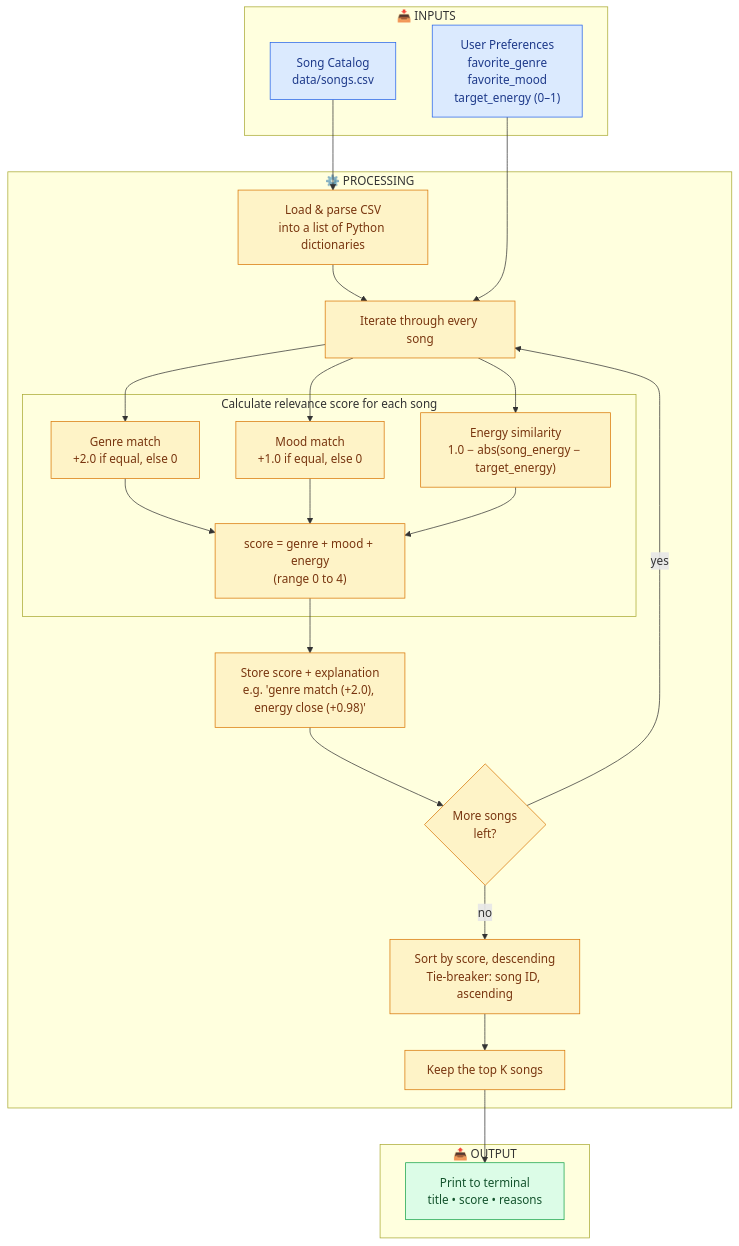
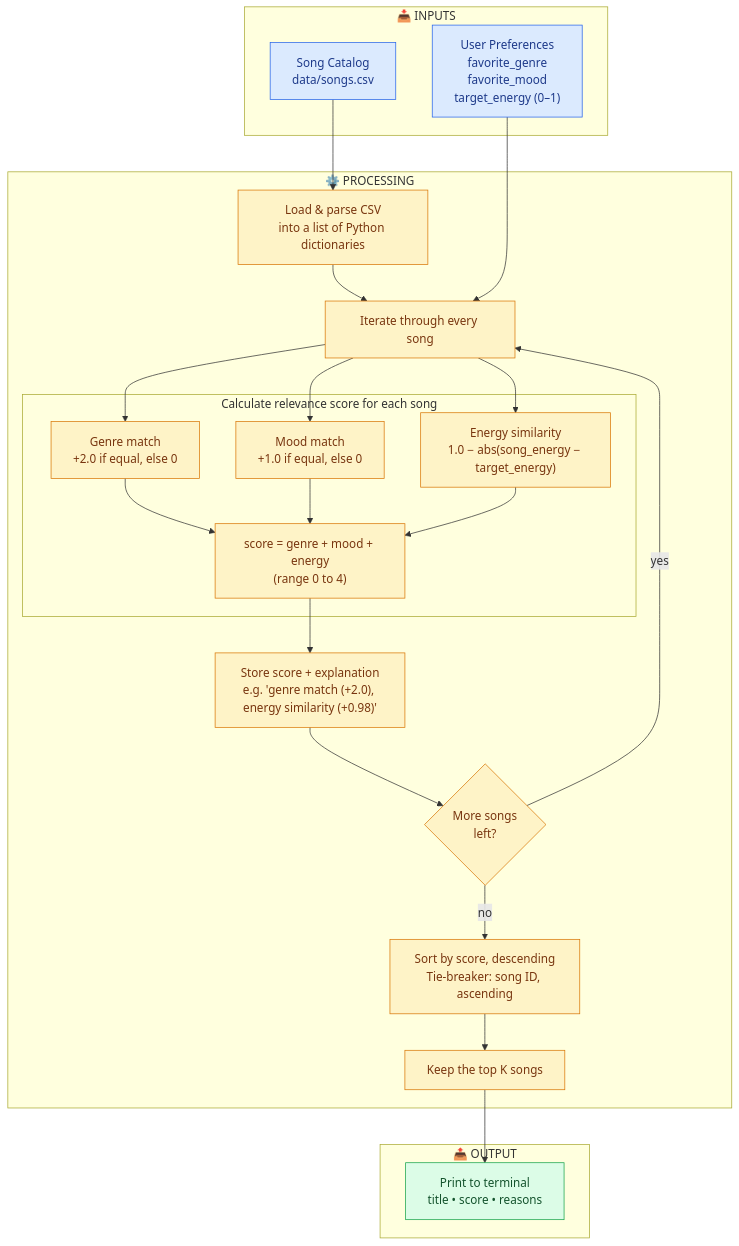
One commit to bedouis/vibematch-v2 changed the diagram in README.md. Above: the diagram before and after it, drawn with Mermaid. The commit also changed other lines of this file and 1 other file, not shown here.

````diff
--- a/README.md
+++ b/README.md
@@ -64,56 +61,56 @@
 ```mermaid
 flowchart TD
     %% ---------- INPUTS ----------
     subgraph INPUTS["📥 INPUTS"]
         U["User Preferences<br/>favorite_genre<br/>favorite_mood<br/>target_energy (0–1)"]
         C["Song Catalog<br/>data/songs.csv"]
     end
 
     %% ---------- PROCESSING ----------
     subgraph PROCESS["⚙️ PROCESSING"]
         L["Load & parse CSV<br/>into a list of Python dictionaries"]
         I["Iterate through every song"]
 
         subgraph SCORE["Calculate relevance score for each song"]
             G["Genre match<br/>+2.0 if equal, else 0"]
             M["Mood match<br/>+1.0 if equal, else 0"]
             E["Energy similarity<br/>1.0 − abs(song_energy − target_energy)"]
             T["score = genre + mood + energy<br/>(range 0 to 4)"]
             G --> T
             M --> T
             E --> T
         end
 
-        S["Store score + explanation<br/>e.g. 'genre match (+2.0), energy close (+0.98)'"]
+        S["Store score + explanation<br/>e.g. 'genre match (+2.0), energy similarity (+0.98)'"]
         N{"More songs<br/>left?"}
         R["Sort by score, descending<br/>Tie-breaker: song ID, ascending"]
         K["Keep the top K songs"]
     end
 
     %% ---------- OUTPUT ----------
     subgraph OUTPUT["📤 OUTPUT"]
         D["Print to terminal<br/>title • score • reasons"]
     end
 
     %% ---------- FLOW ----------
     C --> L
     L --> I
     U --> I
     I --> G
     I --> M
     I --> E
     T --> S
     S --> N
     N -- "yes" --> I
     N -- "no" --> R
     R --> K
     K --> D
 
     %% ---------- STYLING ----------
     classDef input fill:#dbeafe,stroke:#2563eb,color:#1e3a8a
     classDef process fill:#fef3c7,stroke:#d97706,color:#78350f
     classDef output fill:#dcfce7,stroke:#16a34a,color:#14532d
     class U,C input
     class L,I,G,M,E,T,S,N,R,K process
     class D output
 ```
````
